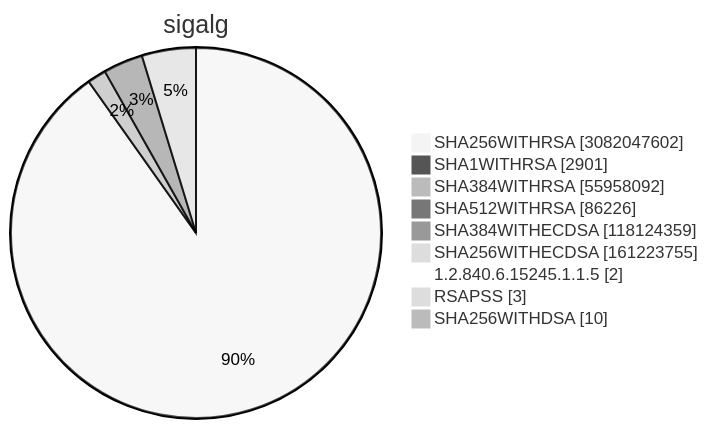
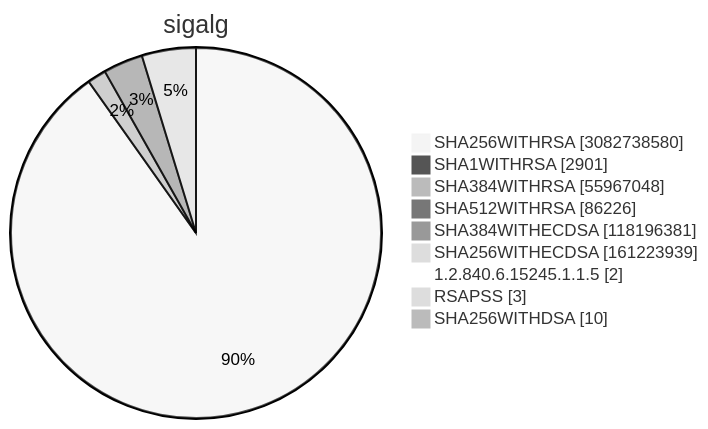
One commit to christiankrug/ctmonitor_visualization changed diagram 15 of 15 in TOTAL/README.md. Above: the diagram before and after it, drawn with Mermaid (neutral theme). The commit also changed other lines of this file, not shown here.

````diff
--- a/TOTAL/README.md
+++ b/TOTAL/README.md
@@ -6209,13 +6210,13 @@
 ```mermaid
 pie showData
 title sigalg
-"SHA256WITHRSA" :3082047602
+"SHA256WITHRSA" :3082738580
 "SHA1WITHRSA" :2901
-"SHA384WITHRSA" :55958092
+"SHA384WITHRSA" :55967048
 "SHA512WITHRSA" :86226
-"SHA384WITHECDSA" :118124359
-"SHA256WITHECDSA" :161223755
+"SHA384WITHECDSA" :118196381
+"SHA256WITHECDSA" :161223939
 "1.2.840.6.15245.1.1.5" :2
 "RSAPSS" :3
 "SHA256WITHDSA" :10
 ```
````
